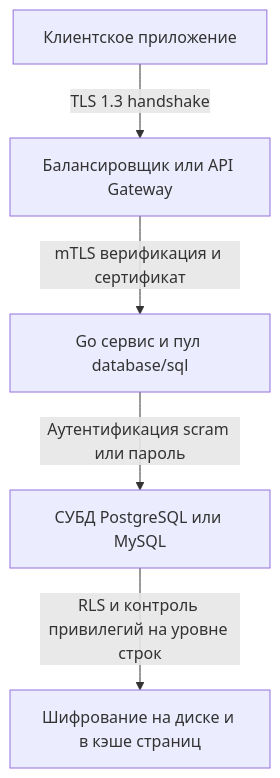
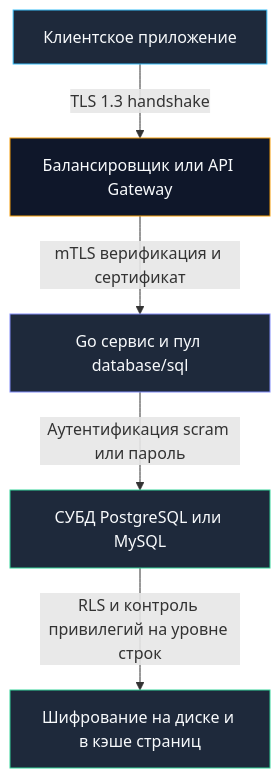
Before and after one commit to UnrealTemplier/go-textbook: the diagram in sources/12. Базы данных/10. Практика и архитектура/20. Безопасность БД.md, drawn with Mermaid. The commit also changed other lines of this file, not shown here.

````diff
--- a/sources/12. Базы данных/10. Практика и архитектура/20. Безопасность БД.md
+++ b/sources/12. Базы данных/10. Практика и архитектура/20. Безопасность БД.md
@@ -16,7 +17,16 @@
 ```mermaid
 flowchart TD
     Client["Клиентское приложение"] -->|"TLS 1.3 handshake"| Proxy["Балансировщик или API Gateway"]
     Proxy -->|"mTLS верификация и сертификат"| App["Go сервис и пул database/sql"]
     App -->|"Аутентификация scram или пароль"| DB["СУБД PostgreSQL или MySQL"]
     DB -->|"RLS и контроль привилегий на уровне строк"| Storage["Шифрование на диске и в кэше страниц"]
+
+    classDef client fill:#1e293b,stroke:#38bdf8,stroke-width:1px,color:#f8fafc;
+    classDef proxy fill:#0f172a,stroke:#f59e0b,stroke-width:1px,color:#f8fafc;
+    classDef app fill:#1e293b,stroke:#818cf8,stroke-width:1px,color:#f8fafc;
+    classDef db fill:#1e293b,stroke:#34d399,stroke-width:1px,color:#f8fafc;
+    class Client client;
+    class Proxy proxy;
+    class App app;
+    class DB,Storage db;
 ```
````
